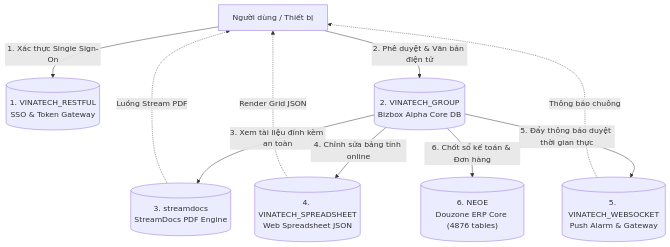
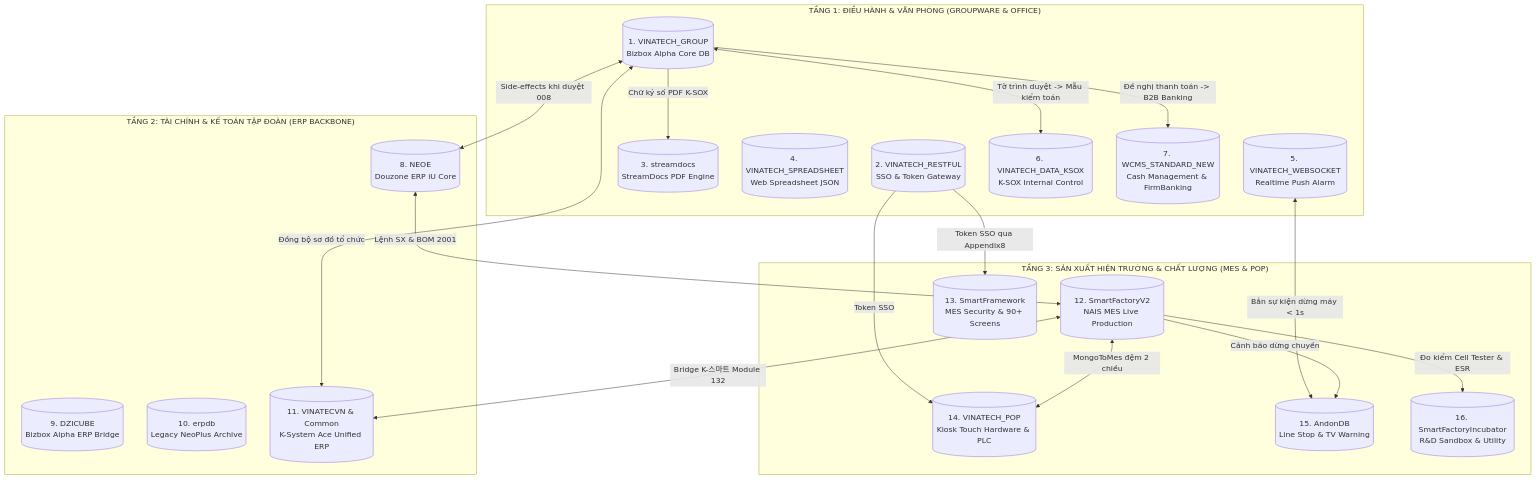
Before and after one commit to Poyken/vinatech: the diagram in PROCESS/GROUPWARE/GROUPWARE_KNOWLEDGE_BASE/GW_15_GROUPWARE_ECOSYSTEM_DATABASES.md, drawn with Mermaid. The commit also changed other lines of this file and 108 other files, not shown here.

````diff
--- a/PROCESS/GROUPWARE/GROUPWARE_KNOWLEDGE_BASE/GW_15_GROUPWARE_ECOSYSTEM_DATABASES.md
+++ b/PROCESS/GROUPWARE/GROUPWARE_KNOWLEDGE_BASE/GW_15_GROUPWARE_ECOSYSTEM_DATABASES.md
@@ -10,18 +11,42 @@
 ```mermaid
 flowchart TD
-    User["Người dùng / Thiết bị"] -->|1. Xác thực Single Sign-On| DB_SSO[("1. VINATECH_RESTFUL<br>SSO & Token Gateway")]
-    
-    User -->|2. Phê duyệt & Văn bản điện tử| DB_GW[("2. VINATECH_GROUP<br>Bizbox Alpha Core DB")]
-    
-    DB_GW -->|3. Xem tài liệu đính kèm an toàn| DB_SD[("3. streamdocs<br>StreamDocs PDF Engine")]
-    
-    DB_GW -->|4. Chỉnh sửa bảng tính online| DB_SS[("4. VINATECH_SPREADSHEET<br>Web Spreadsheet JSON")]
-    
-    DB_GW -->|5. Đẩy thông báo duyệt thời gian thực| DB_WS[("5. VINATECH_WEBSOCKET<br>Push Alarm & Gateway")]
-    
-    DB_GW -->|6. Chốt sổ kế toán & Đơn hàng| DB_ERP[("6. NEOE<br>Douzone ERP Core (4876 tables)")]
-    
-    DB_WS -.->|Thông báo chuông| User
-    DB_SD -.->|Luồng Stream PDF| User
-    DB_SS -.->|Render Grid JSON| User
+    subgraph "TẦNG 1: ĐIỀU HÀNH & VĂN PHÒNG (GROUPWARE & OFFICE)"
+        DB_GW[("1. VINATECH_GROUP<br>Bizbox Alpha Core DB")]
+        DB_SSO[("2. VINATECH_RESTFUL<br>SSO & Token Gateway")]
+        DB_SD[("3. streamdocs<br>StreamDocs PDF Engine")]
+        DB_SS[("4. VINATECH_SPREADSHEET<br>Web Spreadsheet JSON")]
+        DB_WS[("5. VINATECH_WEBSOCKET<br>Realtime Push Alarm")]
+        DB_KSOX[("6. VINATECH_DATA_KSOX<br>K-SOX Internal Control")]
+        DB_WCMS[("7. WCMS_STANDARD_NEW<br>Cash Management & FirmBanking")]
+    end
+
+    subgraph "TẦNG 2: TÀI CHÍNH & KẾ TOÁN TẬP ĐOÀN (ERP BACKBONE)"
+        DB_ERP[("8. NEOE<br>Douzone ERP iU Core")]
+        DB_DZICUBE[("9. DZICUBE<br>Bizbox Alpha ERP Bridge")]
+        DB_LEGERP[("10. erpdb<br>Legacy NeoPlus Archive")]
+        DB_KSYS[("11. VINATECVN & Common<br>K-System Ace Unified ERP")]
+    end
+
+    subgraph "TẦNG 3: SẢN XUẤT HIỆN TRƯỜNG & CHẤT LƯỢNG (MES & POP)"
+        DB_MES[("12. SmartFactoryV2<br>NAIS MES Live Production")]
+        DB_SF[("13. SmartFramework<br>MES Security & 90+ Screens")]
+        DB_POP[("14. VINATECH_POP<br>Kiosk Touch Hardware & PLC")]
+        DB_ANDON[("15. AndonDB<br>Line Stop & TV Warning")]
+        DB_INCUB[("16. SmartFactoryIncubator<br>R&D Sandbox & Utility")]
+    end
+
+    %% Mối liên kết chính
+    DB_GW <-->|Side-effects khi duyệt 008| DB_ERP
+    DB_GW <-->|Đồng bộ sơ đồ tổ chức| DB_KSYS
+    DB_GW -->|Chữ ký số PDF K-SOX| DB_SD
+    DB_GW -->|Đề nghị thanh toán -> B2B Banking| DB_WCMS
+    DB_GW <-->|Tờ trình duyệt -> Mẫu kiểm toán| DB_KSOX
+    DB_SSO -->|Token SSO qua Appendix8| DB_SF
+    DB_SSO -->|Token SSO| DB_POP
+    DB_WS <-->|Bắn sự kiện dừng máy < 1s| DB_ANDON
+    DB_ERP <-->|Lệnh SX & BOM 2001| DB_MES
+    DB_MES <-->|MongoToMes đệm 2 chiều| DB_POP
+    DB_MES -->|Cảnh báo dừng chuyền| DB_ANDON
+    DB_MES <-->|Bridge K-스마트 Module 132| DB_KSYS
+    DB_MES -->|Đo kiểm Cell Tester & ESR| DB_INCUB
 ```
````
